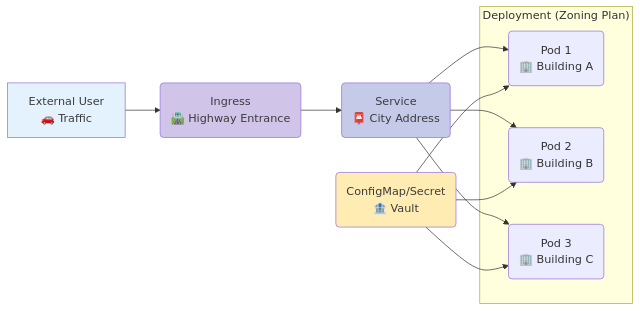
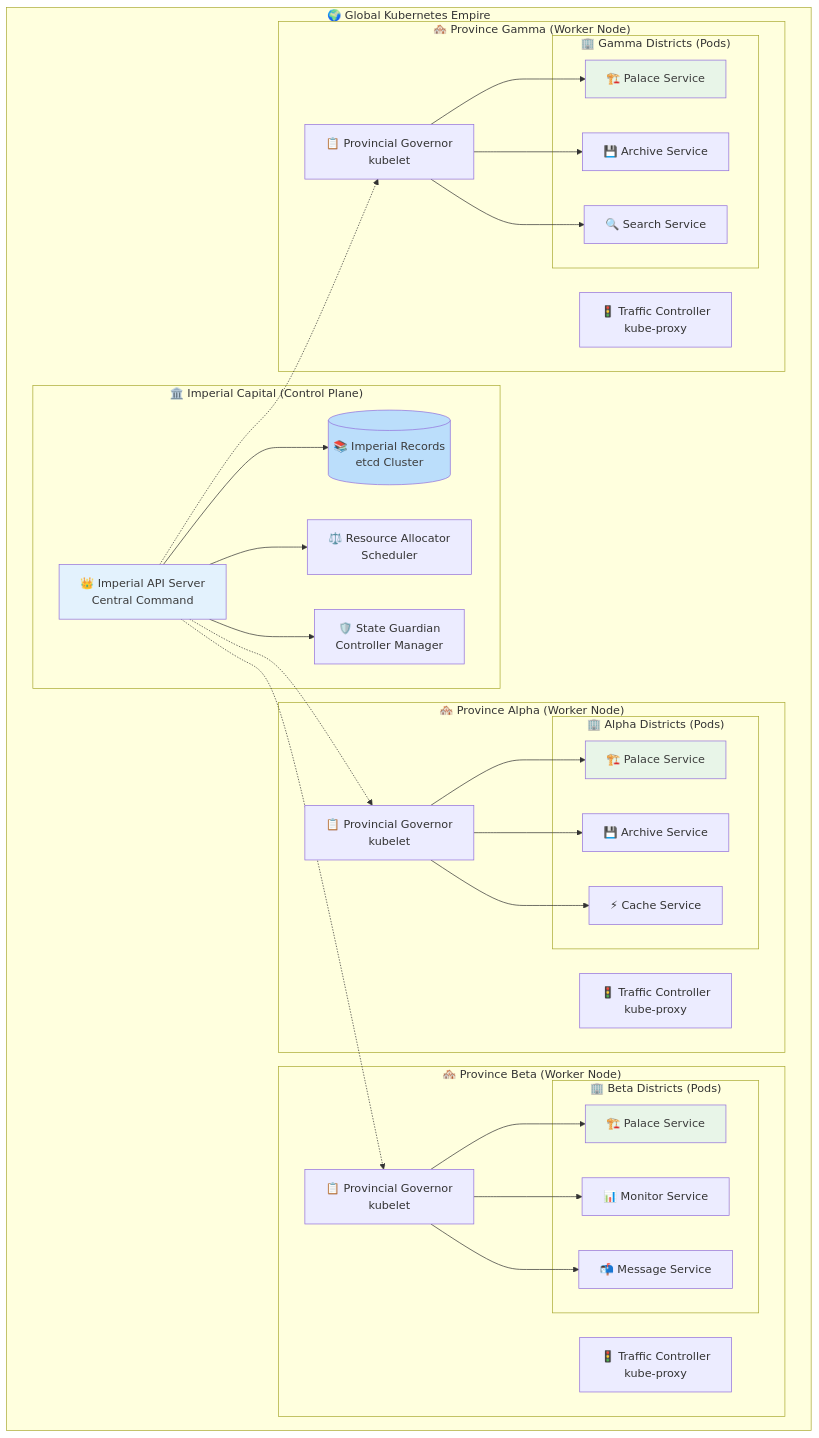
One commit to ridwanspace/restful-fastapi-guideline changed the third of 5 diagrams in app/docs/04_advanced/07-containerization-orchestration-production/page.mdx. Above: the diagram before and after it, drawn with Mermaid. The commit also changed other lines of this file, not shown here.

````diff
--- a/app/docs/04_advanced/07-containerization-orchestration-production/page.mdx
+++ b/app/docs/04_advanced/07-containerization-orchestration-production/page.mdx
@@ -324,23 +1342,67 @@
 ```mermaid
-graph LR
-    A[External User<br/>🚗 Traffic] --> B(Ingress<br/>🛣️ Highway Entrance);
-    B --> C(Service<br/>📮 City Address);
-    C --> D1(Pod 1<br/>🏢 Building A);
-    C --> D2(Pod 2<br/>🏢 Building B);
-    C --> D3(Pod 3<br/>🏢 Building C);
-
-    subgraph "Deployment (Zoning Plan)"
-        D1
-        D2
-        D3
+graph TD
+    subgraph "🌍 Global Kubernetes Empire"
+        subgraph "🏛️ Imperial Capital (Control Plane)"
+            API[👑 Imperial API Server<br/>Central Command]
+            ETCD[(📚 Imperial Records<br/>etcd Cluster)]
+            SCHED[⚖️ Resource Allocator<br/>Scheduler]
+            CTRL[🛡️ State Guardian<br/>Controller Manager]
+        end
+        
+        subgraph "🏘️ Province Alpha (Worker Node)"
+            KUBELET1[📋 Provincial Governor<br/>kubelet]
+            PROXY1[🚦 Traffic Controller<br/>kube-proxy]
+            subgraph "🏢 Alpha Districts (Pods)"
+                POD1A[🏗️ Palace Service]
+                POD1B[💾 Archive Service]
+                POD1C[⚡ Cache Service]
+            end
+        end
+        
+        subgraph "🏘️ Province Beta (Worker Node)"
+            KUBELET2[📋 Provincial Governor<br/>kubelet]
+            PROXY2[🚦 Traffic Controller<br/>kube-proxy]
+            subgraph "🏢 Beta Districts (Pods)"
+                POD2A[🏗️ Palace Service]
+                POD2B[📊 Monitor Service]
+                POD2C[📬 Message Service]
+            end
+        end
+        
+        subgraph "🏘️ Province Gamma (Worker Node)"
+            KUBELET3[📋 Provincial Governor<br/>kubelet]
+            PROXY3[🚦 Traffic Controller<br/>kube-proxy]
+            subgraph "🏢 Gamma Districts (Pods)"
+                POD3A[🏗️ Palace Service]
+                POD3B[💾 Archive Service]
+                POD3C[🔍 Search Service]
+            end
+        end
     end
-
-    E(ConfigMap/Secret<br/>🏦 Vault) --> D1;
-    E --> D2;
-    E --> D3;
-
-    style A fill:#e3f2fd,color:#3b3b3b
-    style B fill:#d1c4e9,color:#3b3b3b
-    style C fill:#c5cae9,color:#3b3b3b
-    style E fill:#ffecb3,color:#3b3b3b
+    
+    API --> ETCD
+    API --> SCHED
+    API --> CTRL
+    
+    API -.-> KUBELET1
+    API -.-> KUBELET2
+    API -.-> KUBELET3
+    
+    KUBELET1 --> POD1A
+    KUBELET1 --> POD1B
+    KUBELET1 --> POD1C
+    
+    KUBELET2 --> POD2A
+    KUBELET2 --> POD2B
+    KUBELET2 --> POD2C
+    
+    KUBELET3 --> POD3A
+    KUBELET3 --> POD3B
+    KUBELET3 --> POD3C
+    
+    style API fill:#e3f2fd,color:#3b3b3b
+    style ETCD fill:#bbdefb,color:#3b3b3b
+    style POD1A fill:#e8f5e8,color:#3b3b3b
+    style POD2A fill:#e8f5e8,color:#3b3b3b
+    style POD3A fill:#e8f5e8,color:#3b3b3b
 ```
````
